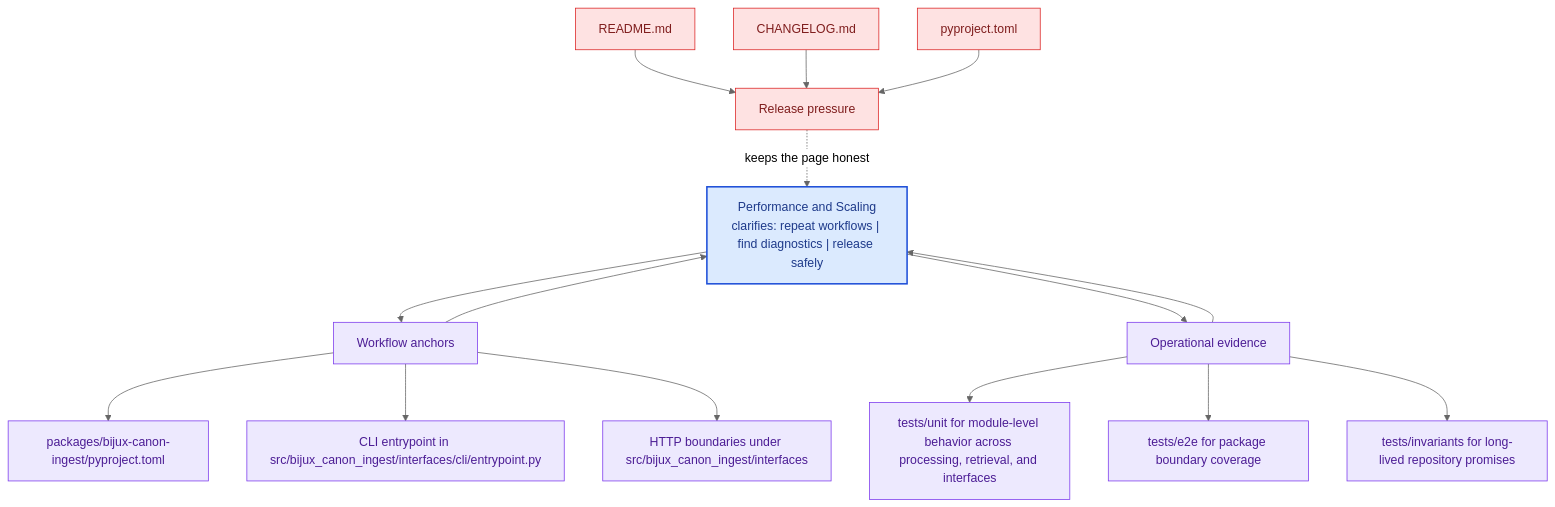
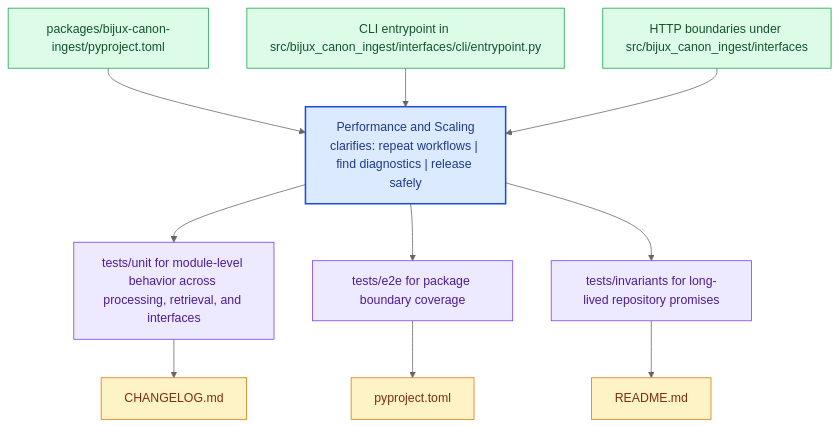
The diagram in docs/bijux-canon-ingest/operations/performance-and-scaling.md (bijux/bijux-canon), drawn with Mermaid (neutral theme) before and after one commit. The commit also changed other lines of this file and 281 other files, not shown here.

Commit message:
docs(diagrams): replace repeated mermaid scaffolds with page-specific summaries

````diff
--- a/docs/bijux-canon-ingest/operations/performance-and-scaling.md
+++ b/docs/bijux-canon-ingest/operations/performance-and-scaling.md
@@ -67,41 +22,31 @@
 ```mermaid
 flowchart TB
-    promise["Performance and Scaling<br/>clarifies: repeat workflows | find diagnostics | release safely"]
-    classDef promise fill:#dbeafe,stroke:#1d4ed8,color:#1e3a8a,stroke-width:2px;
-    classDef driver fill:#dcfce7,stroke:#16a34a,color:#14532d;
-    classDef constraint fill:#fee2e2,stroke:#dc2626,color:#7f1d1d;
-    classDef ground fill:#ede9fe,stroke:#7c3aed,color:#4c1d95;
-    focus1["Workflow anchors"]
-    focus1 --> promise
-    promise --> focus1
-    focus1_1["packages/bijux-canon-ingest/pyproject.toml"]
-    focus1 --> focus1_1
-    focus1_2["CLI entrypoint in src/bijux_canon_ingest/interfaces/cli/entrypoint.py"]
-    focus1 --> focus1_2
-    focus1_3["HTTP boundaries under src/bijux_canon_ingest/interfaces"]
-    focus1 --> focus1_3
-    class focus1 ground;
-    class focus1_1,focus1_2,focus1_3 ground;
-    focus2["Operational evidence"]
-    focus2 --> promise
-    promise --> focus2
-    focus2_1["tests/unit for module-level behavior across processing, retrieval, and interfaces"]
-    focus2 --> focus2_1
-    focus2_2["tests/e2e for package boundary coverage"]
-    focus2 --> focus2_2
-    focus2_3["tests/invariants for long-lived repository promises"]
-    focus2 --> focus2_3
-    class focus2 ground;
-    class focus2_1,focus2_2,focus2_3 ground;
-    focus3["Release pressure"]
-    focus3 -.keeps the page honest.-> promise
-    focus3_1["README.md"]
-    focus3_1 --> focus3
-    focus3_2["CHANGELOG.md"]
-    focus3_2 --> focus3
-    focus3_3["pyproject.toml"]
-    focus3_3 --> focus3
-    class focus3 constraint;
-    class focus3_1,focus3_2,focus3_3 constraint;
-    class promise promise;
+    page["Performance and Scaling<br/>clarifies: repeat workflows | find diagnostics | release safely"]
+    classDef page fill:#dbeafe,stroke:#1d4ed8,color:#1e3a8a,stroke-width:2px;
+    classDef positive fill:#dcfce7,stroke:#16a34a,color:#14532d;
+    classDef caution fill:#fee2e2,stroke:#dc2626,color:#7f1d1d;
+    classDef anchor fill:#ede9fe,stroke:#7c3aed,color:#4c1d95;
+    classDef action fill:#fef3c7,stroke:#d97706,color:#7c2d12;
+    step1["packages/bijux-canon-ingest/pyproject.toml"]
+    step1 --> page
+    step2["CLI entrypoint in src/bijux_canon_ingest/interfaces/cli/entrypoint.py"]
+    step2 --> page
+    step3["HTTP boundaries under src/bijux_canon_ingest/interfaces"]
+    step3 --> page
+    run1["tests/unit for module-level behavior across processing, retrieval, and interfaces"]
+    page --> run1
+    run2["tests/e2e for package boundary coverage"]
+    page --> run2
+    run3["tests/invariants for long-lived repository promises"]
+    page --> run3
+    release1["CHANGELOG.md"]
+    run1 --> release1
+    release2["pyproject.toml"]
+    run2 --> release2
+    release3["README.md"]
+    run3 --> release3
+    class page page;
+    class step1,step2,step3 positive;
+    class run1,run2,run3 anchor;
+    class release1,release2,release3 action;
 ```
````
